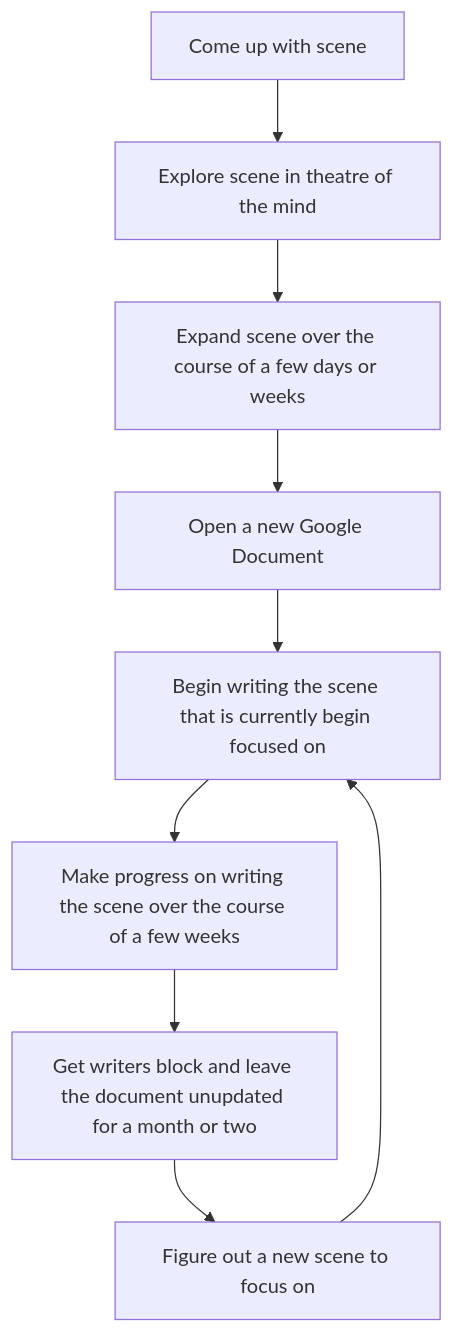
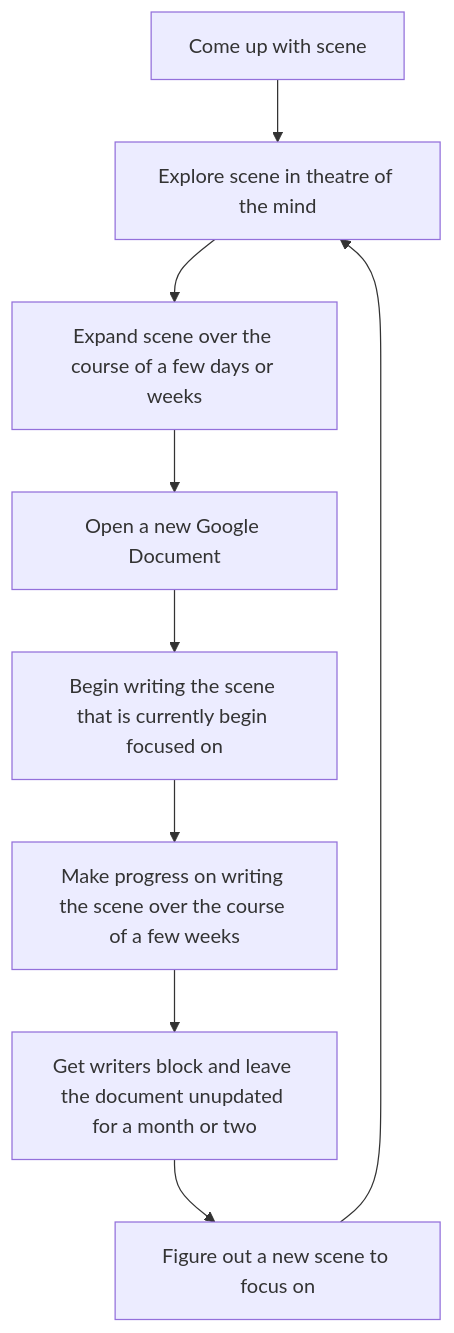
Before and after one commit to Solomon907406/solomon907406.github.io: the diagram in mermaid.md, drawn with Mermaid. The commit also changed other lines of this file, not shown here.

````diff
--- a/mermaid.md
+++ b/mermaid.md
@@ -4,11 +12,11 @@
 ```mermaid
 flowchart TD;
 	A[Come up with scene] --> B[Explore scene in theatre of the mind];
 	B --> C[Expand scene over the course of a few days or weeks];
 	C --> D[Open a new Google Document];
 	D --> E[Begin writing the scene that is currently begin focused on];
 	E --> F[Make progress on writing the scene over the course of a few weeks];
 	F --> G[Get writers block and leave the document unupdated for a month or two];
 	G --> H[Figure out a new scene to focus on];
-	H --> E
+	H --> B
 ```
````
